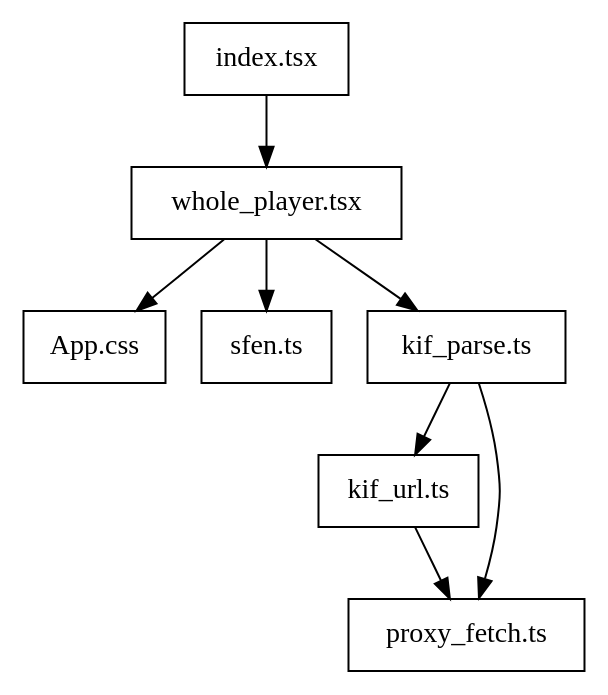
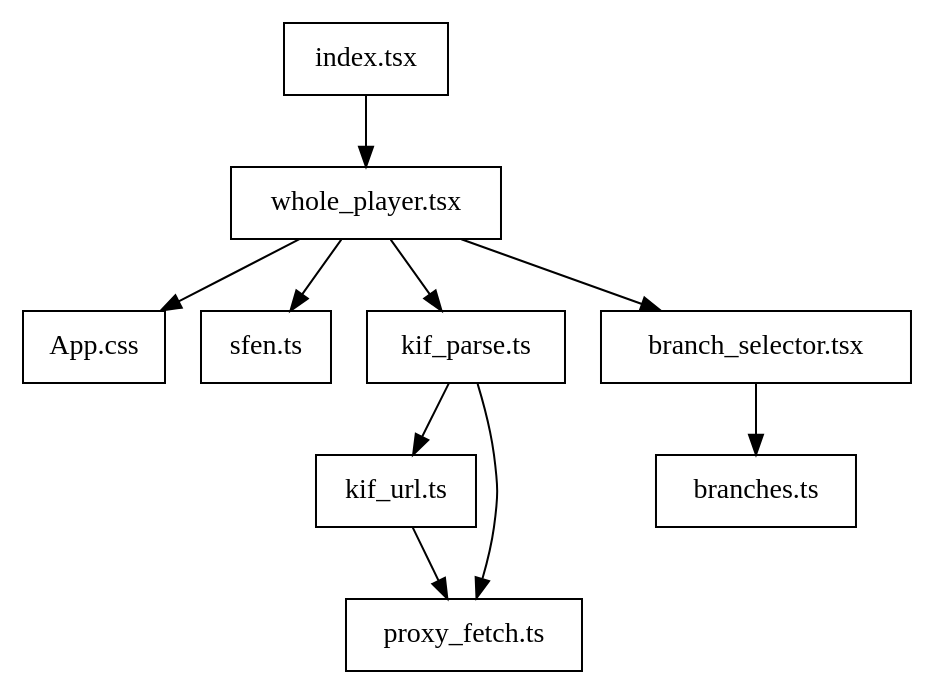
Before and after one commit to koba-e964/tsumeshogi-web-solver: the diagram in www/dependency_graph.dot, drawn with Graphviz. The commit also changed 4 other files, not shown here.

Commit message:
Add branch_selector.tsx (stub)

```diff
--- a/www/dependency_graph.dot
+++ b/www/dependency_graph.dot
@@ -1,12 +1,14 @@
 digraph dep {
     node [
         shape = rect;
     ]
     "index.tsx" -> "whole_player.tsx"
     "whole_player.tsx" -> "App.css"
     "whole_player.tsx" -> "sfen.ts"
     "whole_player.tsx" -> "kif_parse.ts"
+    "whole_player.tsx" -> "branch_selector.tsx"
     "kif_parse.ts" -> "kif_url.ts"
     "kif_parse.ts" -> "proxy_fetch.ts"
     "kif_url.ts" -> "proxy_fetch.ts"
+    "branch_selector.tsx" -> "branches.ts"
 }
```
